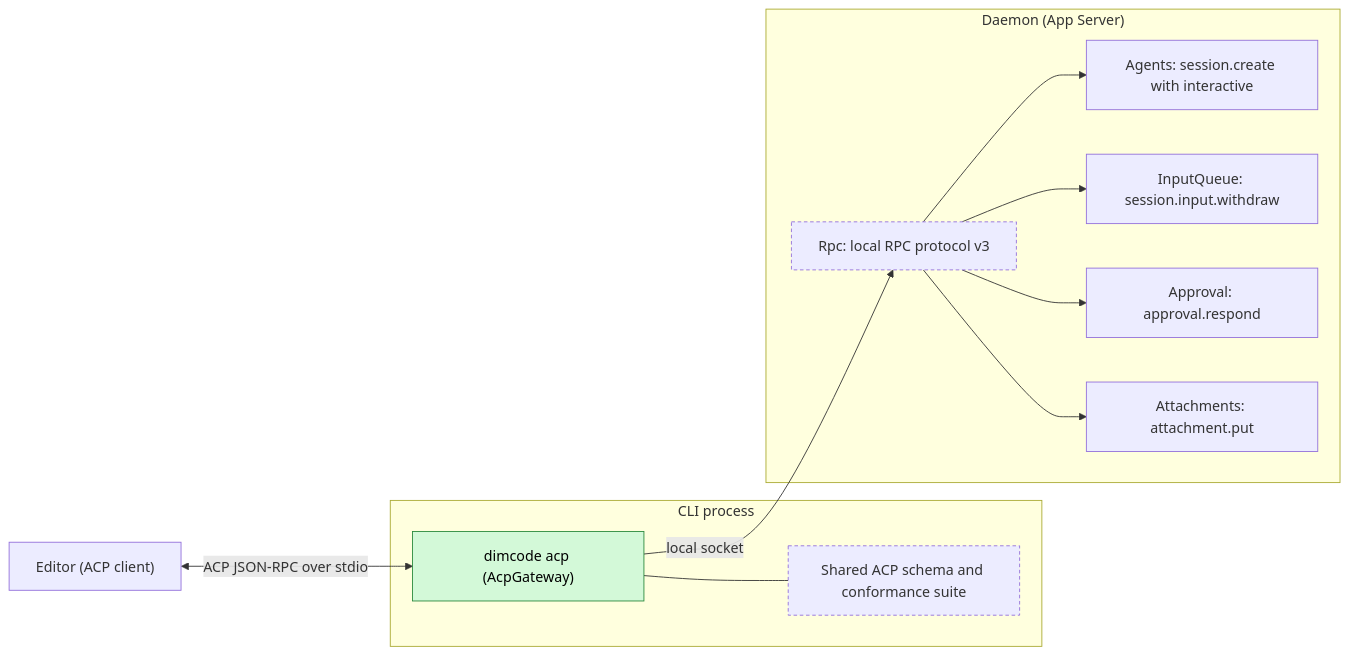
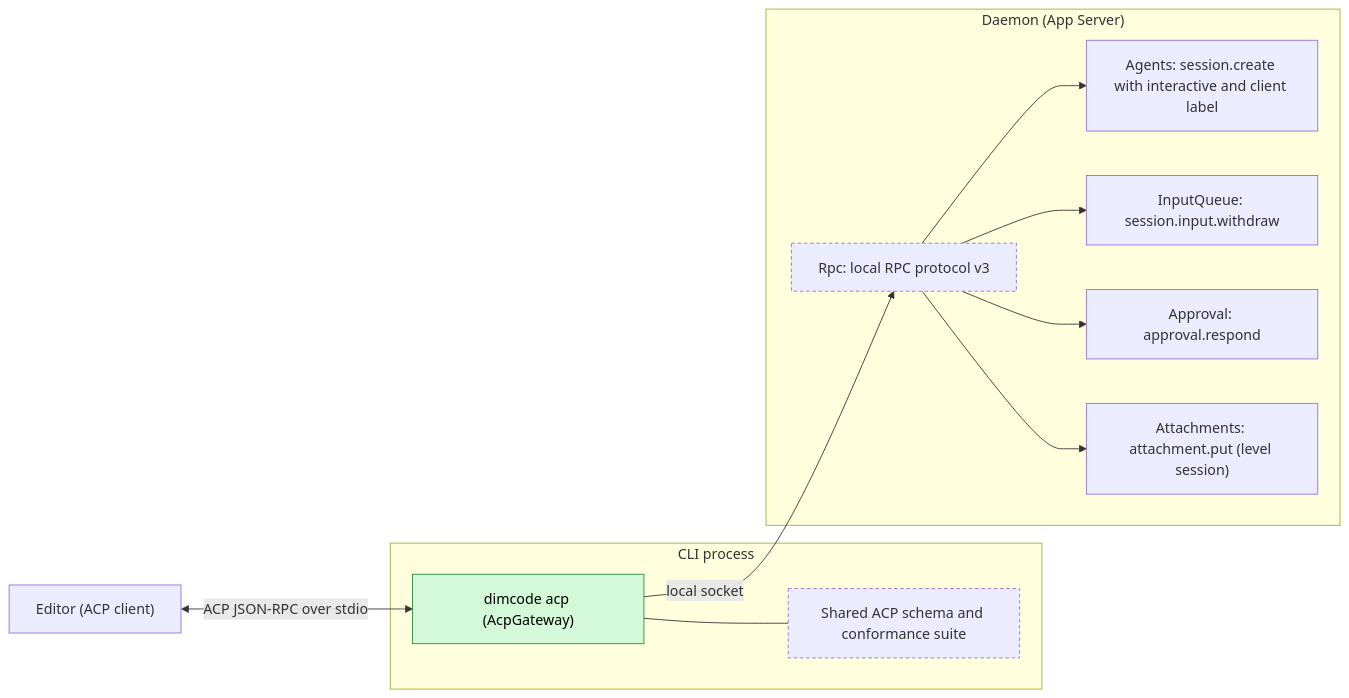
The first of 5 diagrams in docs/design/plugins/AcpGateway.md (CoutinhoTTS/dim-agent), drawn with Mermaid before and after one commit. The commit also changed other lines of this file and 3 other files, not shown here.

````diff
--- a/docs/design/plugins/AcpGateway.md
+++ b/docs/design/plugins/AcpGateway.md
@@ -9,24 +9,24 @@
 ```mermaid
 flowchart LR
   classDef new fill:#d3f9d8,stroke:#2b8a3e,color:#000
   classDef contract stroke-dasharray:4 3
   Editor["Editor (ACP client)"]
   subgraph cli["CLI process"]
     GW["dimcode acp (AcpGateway)"]:::new
     Schema["Shared ACP schema and conformance suite"]:::contract
   end
   subgraph daemon["Daemon (App Server)"]
     Rpc["Rpc: local RPC protocol v3"]:::contract
-    Agents["Agents: session.create with interactive"]
+    Agents["Agents: session.create with interactive and client label"]
     IQ["InputQueue: session.input.withdraw"]
     Appr["Approval: approval.respond"]
-    Att["Attachments: attachment.put"]
+    Att["Attachments: attachment.put (level session)"]
   end
   Editor <-->|"ACP JSON-RPC over stdio"| GW
   GW --- Schema
   GW -->|"local socket"| Rpc
   Rpc --> Agents
   Rpc --> IQ
   Rpc --> Appr
   Rpc --> Att
 ```
````
